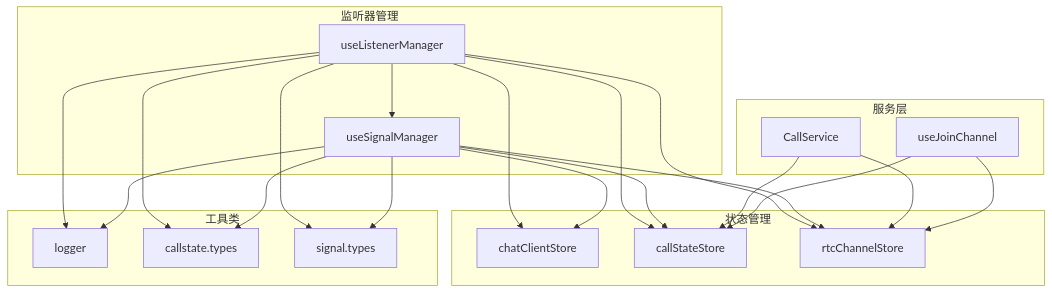
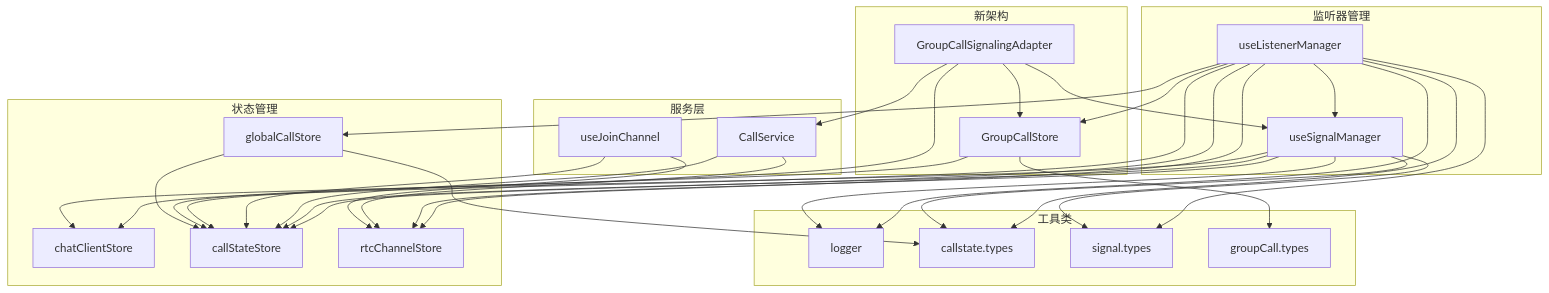
Diagram 14 of 16 in .qoder/repowiki/zh/content/组合式 API/监听器管理 API.md (Easemob-Community/easemob-uikit-callkit-vue3), drawn with Mermaid before and after one commit. The commit also changed other lines of this file and 54 other files, not shown here.

````diff
--- a/.qoder/repowiki/zh/content/组合式 API/监听器管理 API.md
+++ b/.qoder/repowiki/zh/content/组合式 API/监听器管理 API.md
@@ -403,38 +640,54 @@
 ```mermaid
 graph TB
 subgraph "监听器管理"
 LM[useListenerManager]
 SM[useSignalManager]
 end
 subgraph "状态管理"
 CS[chatClientStore]
 CL[callStateStore]
 RC[rtcChannelStore]
+GCS[globalCallStore]
+end
+subgraph "新架构"
+GCS2[GroupCallStore]
+GSA[GroupCallSignalingAdapter]
 end
 subgraph "服务层"
 CSvc[CallService]
 JC[useJoinChannel]
 end
 subgraph "工具类"
 LG[logger]
 CT[callstate.types]
 ST[signal.types]
+GT[groupCall.types]
 end
 LM --> SM
 LM --> CS
 LM --> CL
 LM --> RC
+LM --> GCS
+LM --> GCS2
 SM --> CS
 SM --> CL
 SM --> RC
 CSvc --> CL
 CSvc --> RC
 JC --> CL
 JC --> RC
 LM --> LG
 SM --> LG
 LM --> CT
 LM --> ST
 SM --> CT
 SM --> ST
+GSA --> CSvc
+GSA --> SM
+GSA --> CL
+GSA --> GCS2
+GCS2 --> CL
+GCS2 --> GT
+GCS --> CL
+GCS --> CT
 ```
````
